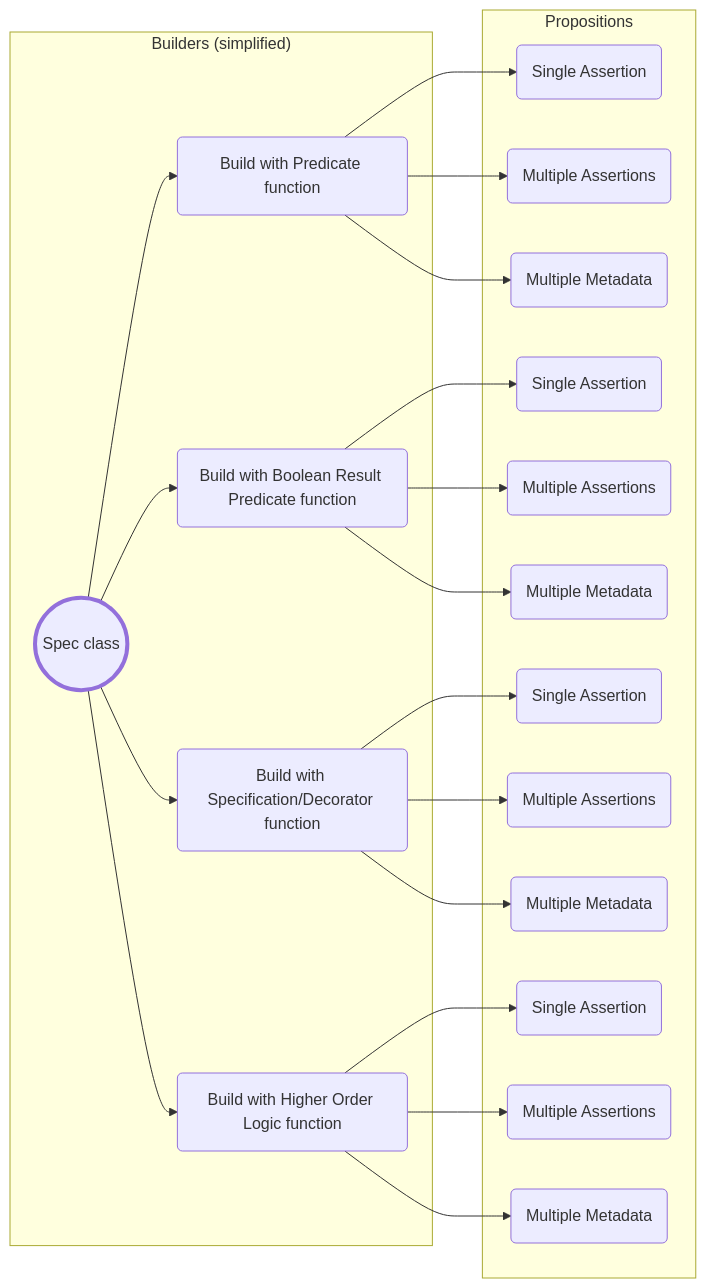
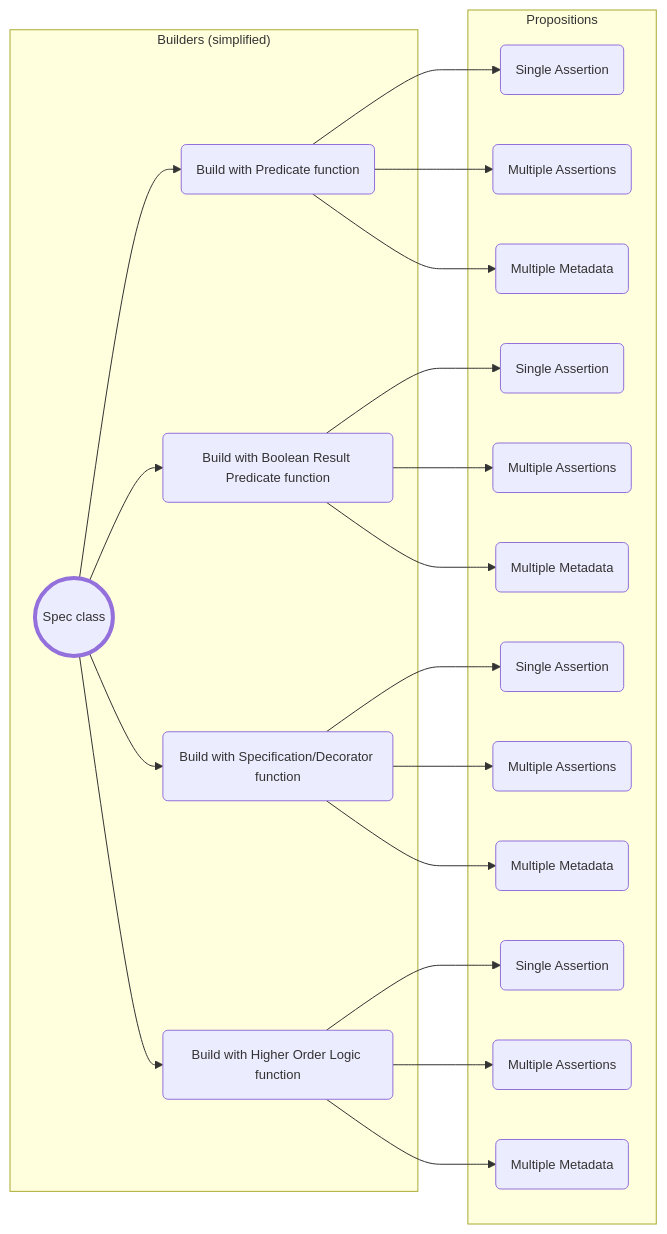
Before and after one commit to karlssberg/Motiv: the diagram in Motiv/Architecture.md, drawn with Mermaid. The commit also changed other lines of this file and 161 other files, not shown here.

````diff
--- a/Motiv/Architecture.md
+++ b/Motiv/Architecture.md
@@ -132,49 +139,50 @@
 ```mermaid
 
+%%{init: { 'themeVariables': { 'fontSize': '13px' }}}%%
 flowchart LR
     FluentBuilder((Spec class)) --> PredicateBuilder(Build with Predicate function)
     FluentBuilder --> ResultBuilder(Build with Boolean Result Predicate function)
     FluentBuilder --> SpecBuilder(Build with Specification/Decorator function)
     FluentBuilder --> HigherOrderBuilder(Build with Higher Order Logic function)
 
     PredicateBuilder --> ExplanationPredicateFunction(Single Assertion)
     PredicateBuilder --> ExplanationMultiAssertionPredicateFunction(Multiple Assertions)
     PredicateBuilder --> MetadataPredicateFunction(Multiple Metadata)
 
     ResultBuilder --> ExplanationResultFunction(Single Assertion)
     ResultBuilder --> MultiAssertionResultFunction(Multiple Assertions)
     ResultBuilder --> MetadataResultFunction(Multiple Metadata)
 
     SpecBuilder --> ExplanationSpecFunction(Single Assertion)
     SpecBuilder --> MultiAssertionSpecFunction(Multiple Assertions)
     SpecBuilder --> MetadataSpecFunction(Multiple Metadata)
 
     HigherOrderBuilder --> ExplanationHigherOrderFunction(Single Assertion)
     HigherOrderBuilder --> MultiAssertionHigherOrderFunction(Multiple Assertions)
     HigherOrderBuilder --> MetadataHigherOrderFunction(Multiple Metadata)
 
     subgraph "Builders (simplified)"
         FluentBuilder
         PredicateBuilder
         ResultBuilder
         SpecBuilder
         HigherOrderBuilder
     end
 
     subgraph "Propositions"
         ExplanationPredicateFunction
         ExplanationMultiAssertionPredicateFunction
         MetadataPredicateFunction
         ExplanationResultFunction
         MultiAssertionResultFunction
         MetadataResultFunction
         ExplanationSpecFunction
         MultiAssertionSpecFunction
         MetadataSpecFunction
         ExplanationHigherOrderFunction
         MultiAssertionHigherOrderFunction
         MetadataHigherOrderFunction
     end
 
     style FluentBuilder stroke-width:4px
 ```
````
